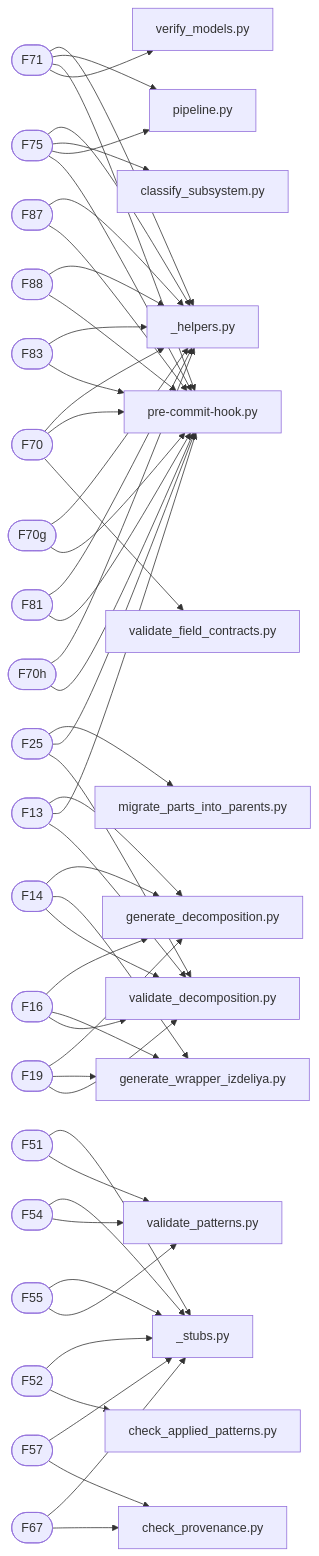
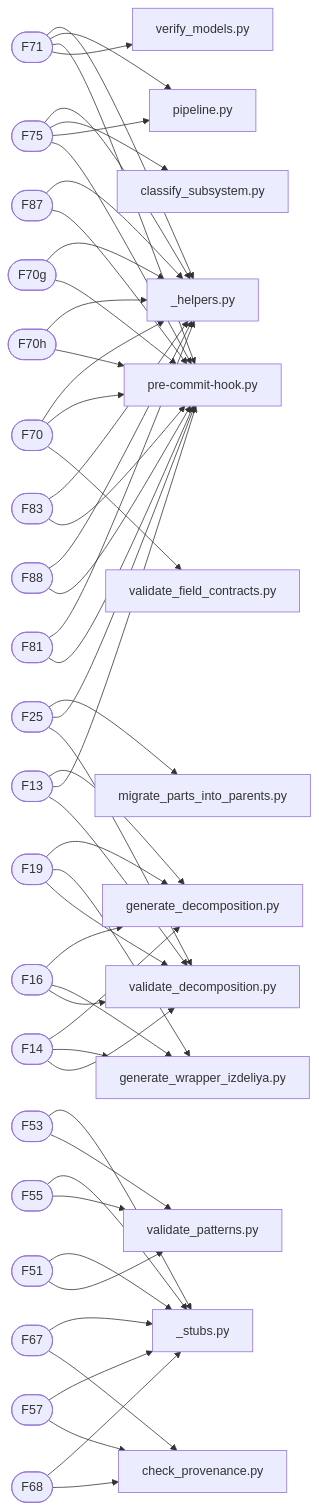
The diagram in graphs/mermaid/graph3_traceability.md (a-m-e-n-t-e-t/SkyNet), drawn with Mermaid before and after one commit. The commit also changed 5 other files, not shown here.

First line of the commit message:
fix(graphs): детерминированный порядок ключей в by_type (sorted)

````diff
--- a/graphs/mermaid/graph3_traceability.md
+++ b/graphs/mermaid/graph3_traceability.md
@@ -27,6 +27,27 @@
     F70 --> script_pre-commit-hook_py
     script_validate_field_contracts_py[validate_field_contracts.py]
     F70 --> script_validate_field_contracts_py
+    F19([F19])
+    script_generate_decomposition_py[generate_decomposition.py]
+    F19 --> script_generate_decomposition_py
+    script_generate_wrapper_izdeliya_py[generate_wrapper_izdeliya.py]
+    F19 --> script_generate_wrapper_izdeliya_py
+    script_validate_decomposition_py[validate_decomposition.py]
+    F19 --> script_validate_decomposition_py
+    F16([F16])
+    script_generate_decomposition_py[generate_decomposition.py]
+    F16 --> script_generate_decomposition_py
+    script_generate_wrapper_izdeliya_py[generate_wrapper_izdeliya.py]
+    F16 --> script_generate_wrapper_izdeliya_py
+    script_validate_decomposition_py[validate_decomposition.py]
+    F16 --> script_validate_decomposition_py
+    F13([F13])
+    script_generate_decomposition_py[generate_decomposition.py]
+    F13 --> script_generate_decomposition_py
+    script_pre-commit-hook_py[pre-commit-hook.py]
+    F13 --> script_pre-commit-hook_py
+    script_validate_decomposition_py[validate_decomposition.py]
+    F13 --> script_validate_decomposition_py
     F14([F14])
     script_generate_decomposition_py[generate_decomposition.py]
     F14 --> script_generate_decomposition_py
@@ -34,27 +55,6 @@
     F14 --> script_generate_wrapper_izdeliya_py
     script_validate_decomposition_py[validate_decomposition.py]
     F14 --> script_validate_decomposition_py
-    F16([F16])
-    script_generate_decomposition_py[generate_decomposition.py]
-    F16 --> script_generate_decomposition_py
-    script_generate_wrapper_izdeliya_py[generate_wrapper_izdeliya.py]
-    F16 --> script_generate_wrapper_izdeliya_py
-    script_validate_decomposition_py[validate_decomposition.py]
-    F16 --> script_validate_decomposition_py
-    F19([F19])
-    script_generate_decomposition_py[generate_decomposition.py]
-    F19 --> script_generate_decomposition_py
-    script_generate_wrapper_izdeliya_py[generate_wrapper_izdeliya.py]
-    F19 --> script_generate_wrapper_izdeliya_py
-    script_validate_decomposition_py[validate_decomposition.py]
-    F19 --> script_validate_decomposition_py
-    F13([F13])
-    script_generate_decomposition_py[generate_decomposition.py]
-    F13 --> script_generate_decomposition_py
-    script_pre-commit-hook_py[pre-commit-hook.py]
-    F13 --> script_pre-commit-hook_py
-    script_validate_decomposition_py[validate_decomposition.py]
-    F13 --> script_validate_decomposition_py
     F25([F25])
     script_migrate_parts_into_parents_py[migrate_parts_into_parents.py]
     F25 --> script_migrate_parts_into_parents_py
@@ -67,59 +67,59 @@
     F87 --> script__helpers_py
     script_pre-commit-hook_py[pre-commit-hook.py]
     F87 --> script_pre-commit-hook_py
+    F70g([F70g])
+    script__helpers_py[_helpers.py]
+    F70g --> script__helpers_py
+    script_pre-commit-hook_py[pre-commit-hook.py]
+    F70g --> script_pre-commit-hook_py
+    F70h([F70h])
+    script__helpers_py[_helpers.py]
+    F70h --> script__helpers_py
+    script_pre-commit-hook_py[pre-commit-hook.py]
+    F70h --> script_pre-commit-hook_py
+    F83([F83])
+    script__helpers_py[_helpers.py]
+    F83 --> script__helpers_py
+    script_pre-commit-hook_py[pre-commit-hook.py]
+    F83 --> script_pre-commit-hook_py
     F88([F88])
     script__helpers_py[_helpers.py]
     F88 --> script__helpers_py
     script_pre-commit-hook_py[pre-commit-hook.py]
     F88 --> script_pre-commit-hook_py
-    F83([F83])
-    script__helpers_py[_helpers.py]
-    F83 --> script__helpers_py
-    script_pre-commit-hook_py[pre-commit-hook.py]
-    F83 --> script_pre-commit-hook_py
-    F70g([F70g])
-    script__helpers_py[_helpers.py]
-    F70g --> script__helpers_py
-    script_pre-commit-hook_py[pre-commit-hook.py]
-    F70g --> script_pre-commit-hook_py
     F81([F81])
     script__helpers_py[_helpers.py]
     F81 --> script__helpers_py
     script_pre-commit-hook_py[pre-commit-hook.py]
     F81 --> script_pre-commit-hook_py
-    F70h([F70h])
-    script__helpers_py[_helpers.py]
-    F70h --> script__helpers_py
-    script_pre-commit-hook_py[pre-commit-hook.py]
-    F70h --> script_pre-commit-hook_py
+    F53([F53])
+    script__stubs_py[_stubs.py]
+    F53 --> script__stubs_py
+    script_validate_patterns_py[validate_patterns.py]
+    F53 --> script_validate_patterns_py
+    F55([F55])
+    script__stubs_py[_stubs.py]
+    F55 --> script__stubs_py
+    script_validate_patterns_py[validate_patterns.py]
+    F55 --> script_validate_patterns_py
+    F67([F67])
+    script__stubs_py[_stubs.py]
+    F67 --> script__stubs_py
+    script_check_provenance_py[check_provenance.py]
+    F67 --> script_check_provenance_py
+    F57([F57])
+    script__stubs_py[_stubs.py]
+    F57 --> script__stubs_py
+    script_check_provenance_py[check_provenance.py]
+    F57 --> script_check_provenance_py
+    F68([F68])
+    script__stubs_py[_stubs.py]
+    F68 --> script__stubs_py
+    script_check_provenance_py[check_provenance.py]
+    F68 --> script_check_provenance_py
     F51([F51])
     script__stubs_py[_stubs.py]
     F51 --> script__stubs_py
     script_validate_patterns_py[validate_patterns.py]
     F51 --> script_validate_patterns_py
-    F54([F54])
-    script__stubs_py[_stubs.py]
-    F54 --> script__stubs_py
-    script_validate_patterns_py[validate_patterns.py]
-    F54 --> script_validate_patterns_py
-    F57([F57])
-    script__stubs_py[_stubs.py]
-    F57 --> script__stubs_py
-    script_check_provenance_py[check_provenance.py]
-    F57 --> script_check_provenance_py
-    F67([F67])
-    script__stubs_py[_stubs.py]
-    F67 --> script__stubs_py
-    script_check_provenance_py[check_provenance.py]
-    F67 --> script_check_provenance_py
-    F55([F55])
-    script__stubs_py[_stubs.py]
-    F55 --> script__stubs_py
-    script_validate_patterns_py[validate_patterns.py]
-    F55 --> script_validate_patterns_py
-    F52([F52])
-    script__stubs_py[_stubs.py]
-    F52 --> script__stubs_py
-    script_check_applied_patterns_py[check_applied_patterns.py]
-    F52 --> script_check_applied_patterns_py
 ```
````
